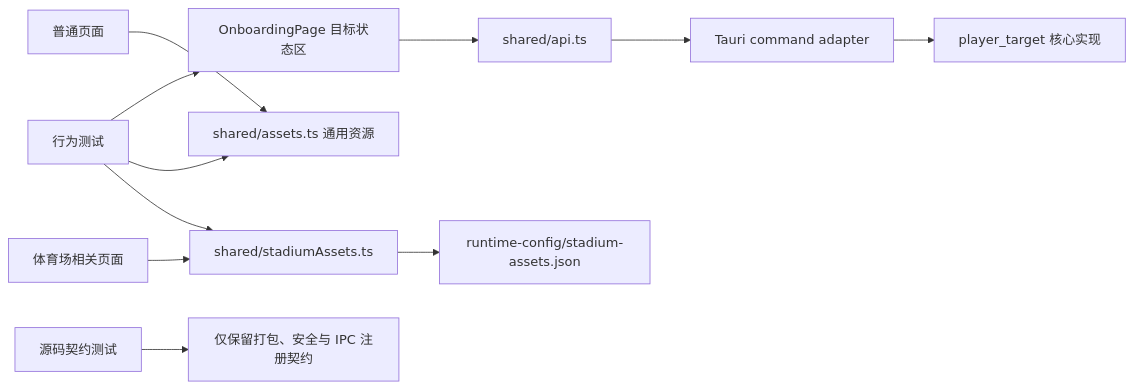
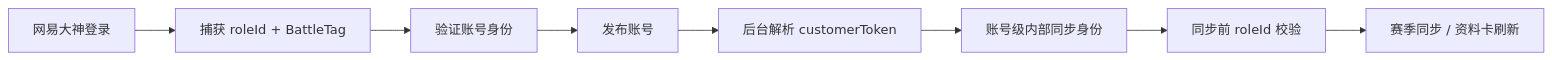
One commit to unpaidmoon/watchback changed the diagram in project-improvement-implementation-plan.md. Above: the diagram before and after it, drawn with Mermaid. The commit also changed other lines of this file and 33 other files, not shown here.

Commit message:
refactor: remove redundant BattleTag rebinding

````diff
--- a/project-improvement-implementation-plan.md
+++ b/project-improvement-implementation-plan.md
@@ -96,15 +49,10 @@
 ```mermaid
 flowchart LR
-    A["OnboardingPage 目标状态区"] --> B["shared/api.ts"]
-    B --> C["Tauri command adapter"]
-    C --> D["player_target 核心实现"]
-
-    E["普通页面"] --> F["shared/assets.ts 通用资源"]
-    G["体育场相关页面"] --> H["shared/stadiumAssets.ts"]
-    H --> I["runtime-config/stadium-assets.json"]
-
-    J["行为测试"] --> A
-    J --> F
-    J --> H
-    K["源码契约测试"] --> L["仅保留打包、安全与 IPC 注册契约"]
+    A["网易大神登录"] --> B["捕获 roleId + BattleTag"]
+    B --> C["验证账号身份"]
+    C --> D["发布账号"]
+    D --> E["后台解析 customerToken"]
+    E --> F["账号级内部同步身份"]
+    F --> G["同步前 roleId 校验"]
+    G --> H["赛季同步 / 资料卡刷新"]
 ```
````
